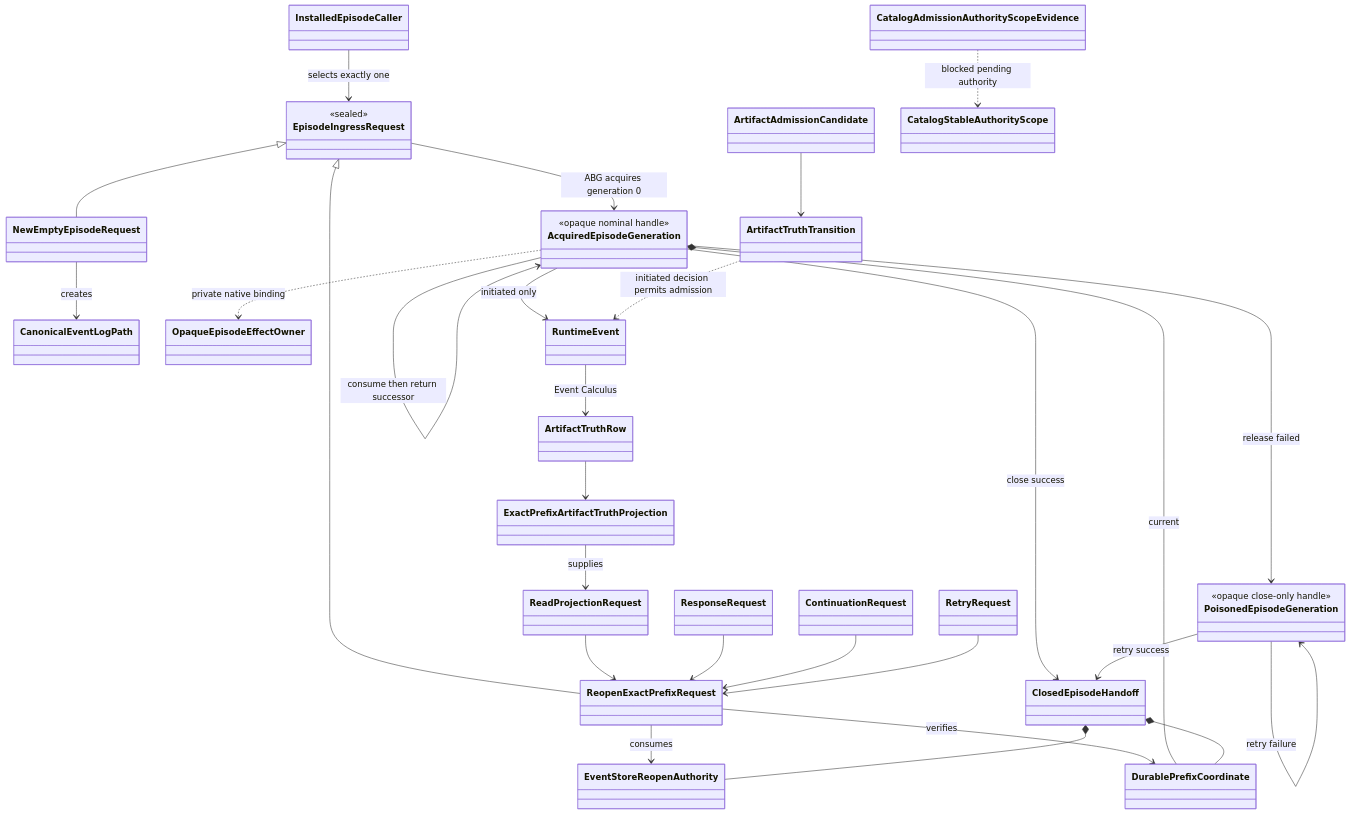
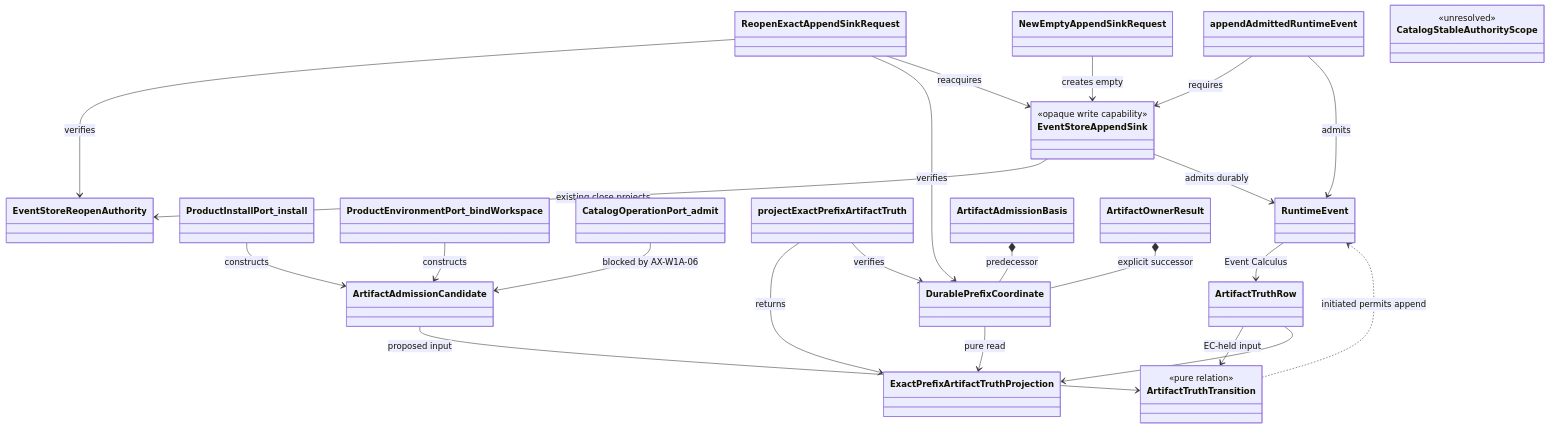
Before and after one commit to foolishimp/abiogenesis: the first of 4 diagrams in build_tenants/abiogenesis/typescript/design/M05_S06_AXIOMATIC_AUTHORITY_AND_EXACT_PUBLIC_CONSTRUCTION_DESIGN.md, drawn with Mermaid. The commit also changed other lines of this file, not shown here.

Commit message:
design(w1): separate durable reads from append authority

````diff
--- a/build_tenants/abiogenesis/typescript/design/M05_S06_AXIOMATIC_AUTHORITY_AND_EXACT_PUBLIC_CONSTRUCTION_DESIGN.md
+++ b/build_tenants/abiogenesis/typescript/design/M05_S06_AXIOMATIC_AUTHORITY_AND_EXACT_PUBLIC_CONSTRUCTION_DESIGN.md
@@ -273,59 +264,49 @@
 ```mermaid
 classDiagram
-  class InstalledEpisodeCaller
-  class EpisodeIngressRequest {
-    <<sealed>>
+  class DurablePrefixCoordinate
+  class EventStoreReopenAuthority
+  class EventStoreAppendSink {
+    <<opaque write capability>>
   }
-  class NewEmptyEpisodeRequest
-  class ReopenExactPrefixRequest
-  class CanonicalEventLogPath
-  class EventStoreReopenAuthority
-  class OpaqueEpisodeEffectOwner
-  class DurablePrefixCoordinate
-  class AcquiredEpisodeGeneration {
-    <<opaque nominal handle>>
+  class NewEmptyAppendSinkRequest
+  class ReopenExactAppendSinkRequest
+  class ProductInstallPort_install
+  class ProductEnvironmentPort_bindWorkspace
+  class CatalogOperationPort_admit
+  class projectExactPrefixArtifactTruth
+  class appendAdmittedRuntimeEvent
+  class ArtifactAdmissionCandidate
+  class ArtifactTruthTransition {
+    <<pure relation>>
   }
-  class PoisonedEpisodeGeneration {
-    <<opaque close-only handle>>
-  }
-  class ClosedEpisodeHandoff
   class RuntimeEvent
-  class ArtifactAdmissionCandidate
-  class ArtifactTruthTransition
   class ArtifactTruthRow
   class ExactPrefixArtifactTruthProjection
-  class CatalogStableAuthorityScope
-  class CatalogAdmissionAuthorityScopeEvidence
-  class ReadProjectionRequest
-  class ResponseRequest
-  class ContinuationRequest
-  class RetryRequest
+  class ArtifactAdmissionBasis
+  class ArtifactOwnerResult
+  class CatalogStableAuthorityScope {
+    <<unresolved>>
+  }
 
-  EpisodeIngressRequest <|-- NewEmptyEpisodeRequest
-  EpisodeIngressRequest <|-- ReopenExactPrefixRequest
-  InstalledEpisodeCaller --> EpisodeIngressRequest : selects exactly one
-  NewEmptyEpisodeRequest --> CanonicalEventLogPath : creates
-  ReopenExactPrefixRequest --> EventStoreReopenAuthority : consumes
-  ReopenExactPrefixRequest --> DurablePrefixCoordinate : verifies
-  EpisodeIngressRequest --> AcquiredEpisodeGeneration : ABG acquires generation 0
-  AcquiredEpisodeGeneration ..> OpaqueEpisodeEffectOwner : private native binding
-  AcquiredEpisodeGeneration *-- DurablePrefixCoordinate : current
-  AcquiredEpisodeGeneration --> AcquiredEpisodeGeneration : consume then return successor
-  AcquiredEpisodeGeneration --> RuntimeEvent : initiated only
-  AcquiredEpisodeGeneration --> PoisonedEpisodeGeneration : release failed
-  AcquiredEpisodeGeneration --> ClosedEpisodeHandoff : close success
-  PoisonedEpisodeGeneration --> PoisonedEpisodeGeneration : retry failure
-  PoisonedEpisodeGeneration --> ClosedEpisodeHandoff : retry success
-  ClosedEpisodeHandoff *-- EventStoreReopenAuthority
-  ClosedEpisodeHandoff *-- DurablePrefixCoordinate
-  ArtifactAdmissionCandidate --> ArtifactTruthTransition
-  ArtifactTruthTransition ..> RuntimeEvent : initiated decision permits admission
+  NewEmptyAppendSinkRequest --> EventStoreAppendSink : creates empty
+  ReopenExactAppendSinkRequest --> EventStoreReopenAuthority : verifies
+  ReopenExactAppendSinkRequest --> DurablePrefixCoordinate : verifies
+  ReopenExactAppendSinkRequest --> EventStoreAppendSink : reacquires
+  EventStoreAppendSink --> EventStoreReopenAuthority : existing close projects
+  ArtifactAdmissionBasis *-- DurablePrefixCoordinate : predecessor
+  ProductInstallPort_install --> ArtifactAdmissionCandidate : constructs
+  ProductEnvironmentPort_bindWorkspace --> ArtifactAdmissionCandidate : constructs
+  CatalogOperationPort_admit --> ArtifactAdmissionCandidate : blocked by AX-W1A-06
+  projectExactPrefixArtifactTruth --> ExactPrefixArtifactTruthProjection : returns
+  projectExactPrefixArtifactTruth --> DurablePrefixCoordinate : verifies
+  appendAdmittedRuntimeEvent --> EventStoreAppendSink : requires
+  appendAdmittedRuntimeEvent --> RuntimeEvent : admits
+  ArtifactAdmissionCandidate --> ArtifactTruthTransition : proposed input
+  ArtifactTruthRow --> ArtifactTruthTransition : EC-held input
+  ArtifactTruthTransition ..> RuntimeEvent : initiated permits append
+  EventStoreAppendSink --> RuntimeEvent : admits durably
   RuntimeEvent --> ArtifactTruthRow : Event Calculus
+  DurablePrefixCoordinate --> ExactPrefixArtifactTruthProjection : pure read
   ArtifactTruthRow --> ExactPrefixArtifactTruthProjection
-  CatalogAdmissionAuthorityScopeEvidence ..> CatalogStableAuthorityScope : blocked pending authority
-  ReadProjectionRequest --> ReopenExactPrefixRequest
-  ResponseRequest --> ReopenExactPrefixRequest
-  ContinuationRequest --> ReopenExactPrefixRequest
-  RetryRequest --> ReopenExactPrefixRequest
-  ExactPrefixArtifactTruthProjection --> ReadProjectionRequest : supplies
+  ArtifactOwnerResult *-- DurablePrefixCoordinate : explicit successor
 ```
````
